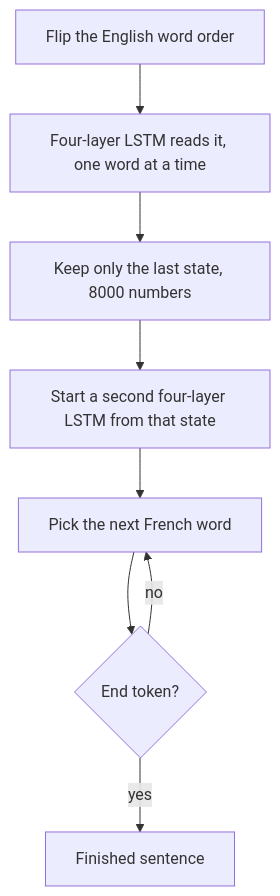
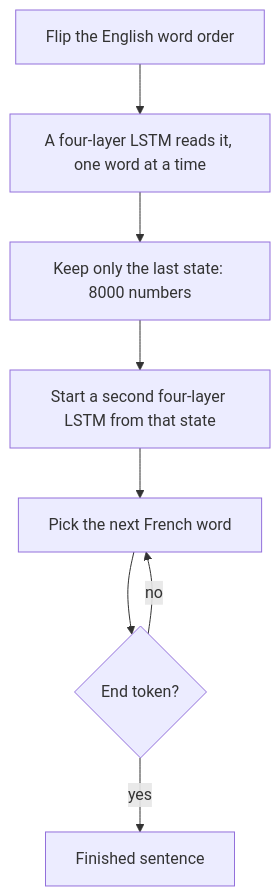
The diagram in sequence-to-sequence-learning-with-neural-networks/notes.md (aditasrivastava15/paper-hub), drawn with Mermaid before and after one commit. The commit also changed other lines of this file and 2 other files, not shown here.

Commit message:
Fold the sequence-to-sequence summary into the notes.

````diff
--- a/sequence-to-sequence-learning-with-neural-networks/notes.md
+++ b/sequence-to-sequence-learning-with-neural-networks/notes.md
@@ -34,10 +45,10 @@
 ```mermaid
 flowchart TD
-  Flip[Flip the English word order] --> Read[Four-layer LSTM reads it, one word at a time]
-  Read --> Card[Keep only the last state, 8000 numbers]
+  Flip[Flip the English word order] --> Read[A four-layer LSTM reads it, one word at a time]
+  Read --> Card[Keep only the last state: 8000 numbers]
   Card --> Start[Start a second four-layer LSTM from that state]
   Start --> Word[Pick the next French word]
   Word --> More{End token?}
   More -->|no| Word
   More -->|yes| Done[Finished sentence]
 ```
````
